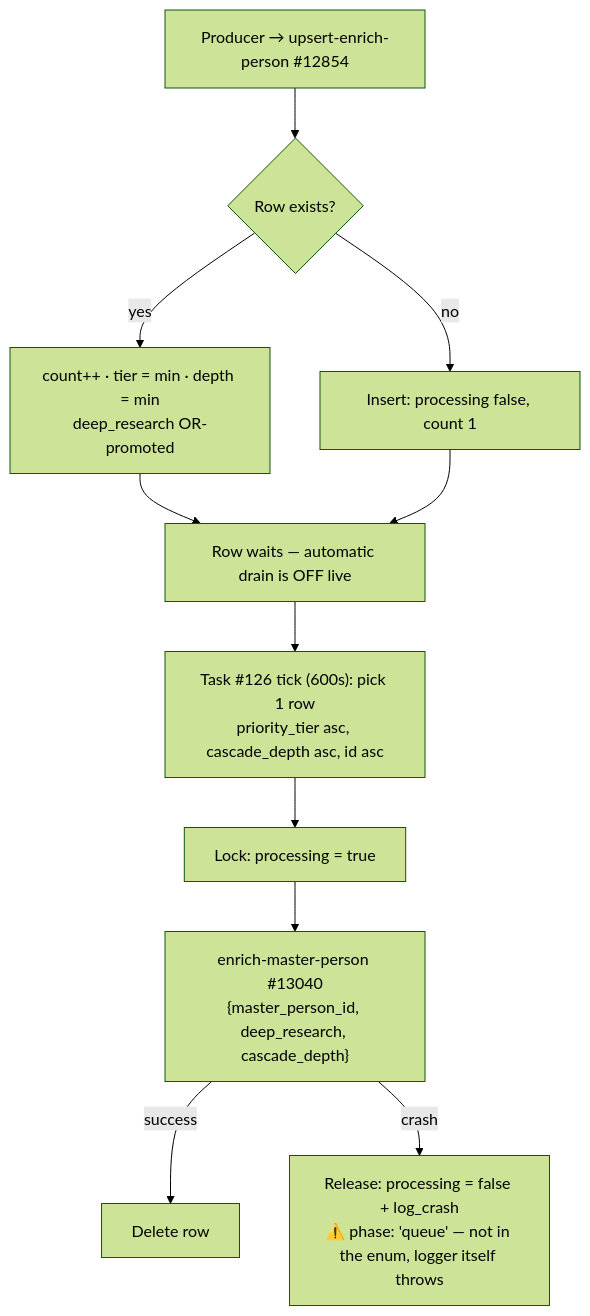
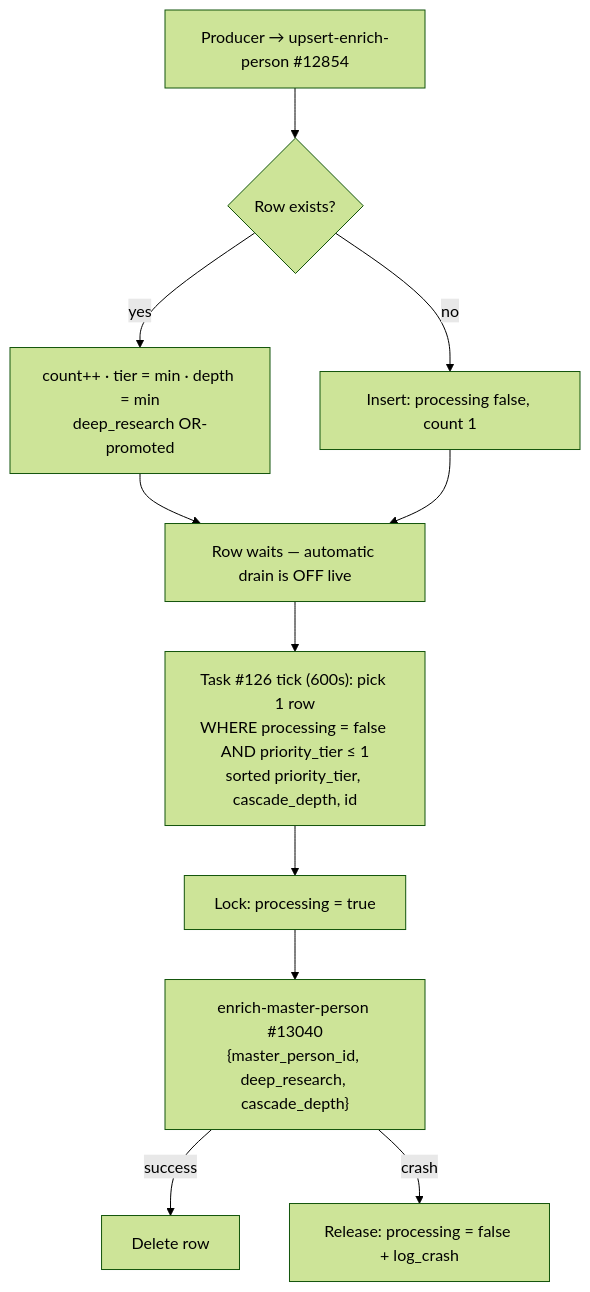
Before and after one commit to M-Pederson/docs: the diagram in guides/enrichment/waterfall/person-tables.mdx, drawn with Mermaid (forest theme). The commit also changed other lines of this file and 14 other files, not shown here.

````diff
--- a/guides/enrichment/waterfall/person-tables.mdx
+++ b/guides/enrichment/waterfall/person-tables.mdx
@@ -150,13 +153,13 @@
 ```mermaid
 flowchart TD
     A["Producer → upsert-enrich-person #12854"] --> B{"Row exists?"}
     B -->|yes| C["count++ · tier = min · depth = min<br/>deep_research OR-promoted"]
     B -->|no| D["Insert: processing false, count 1"]
     C --> E["Row waits — automatic drain is OFF live"]
     D --> E
-    E --> F["Task #126 tick (600s): pick 1 row<br/>priority_tier asc, cascade_depth asc, id asc"]
+    E --> F["Task #126 tick (600s): pick 1 row<br/>WHERE processing = false AND priority_tier ≤ 1<br/>sorted priority_tier, cascade_depth, id"]
     F --> G["Lock: processing = true"]
     G --> H["enrich-master-person #13040<br/>{master_person_id, deep_research, cascade_depth}"]
     H -->|success| I["Delete row"]
-    H -->|crash| J["Release: processing = false + log_crash<br/>⚠️ phase: 'queue' — not in the enum, logger itself throws"]
+    H -->|crash| J["Release: processing = false + log_crash"]
 ```
````
